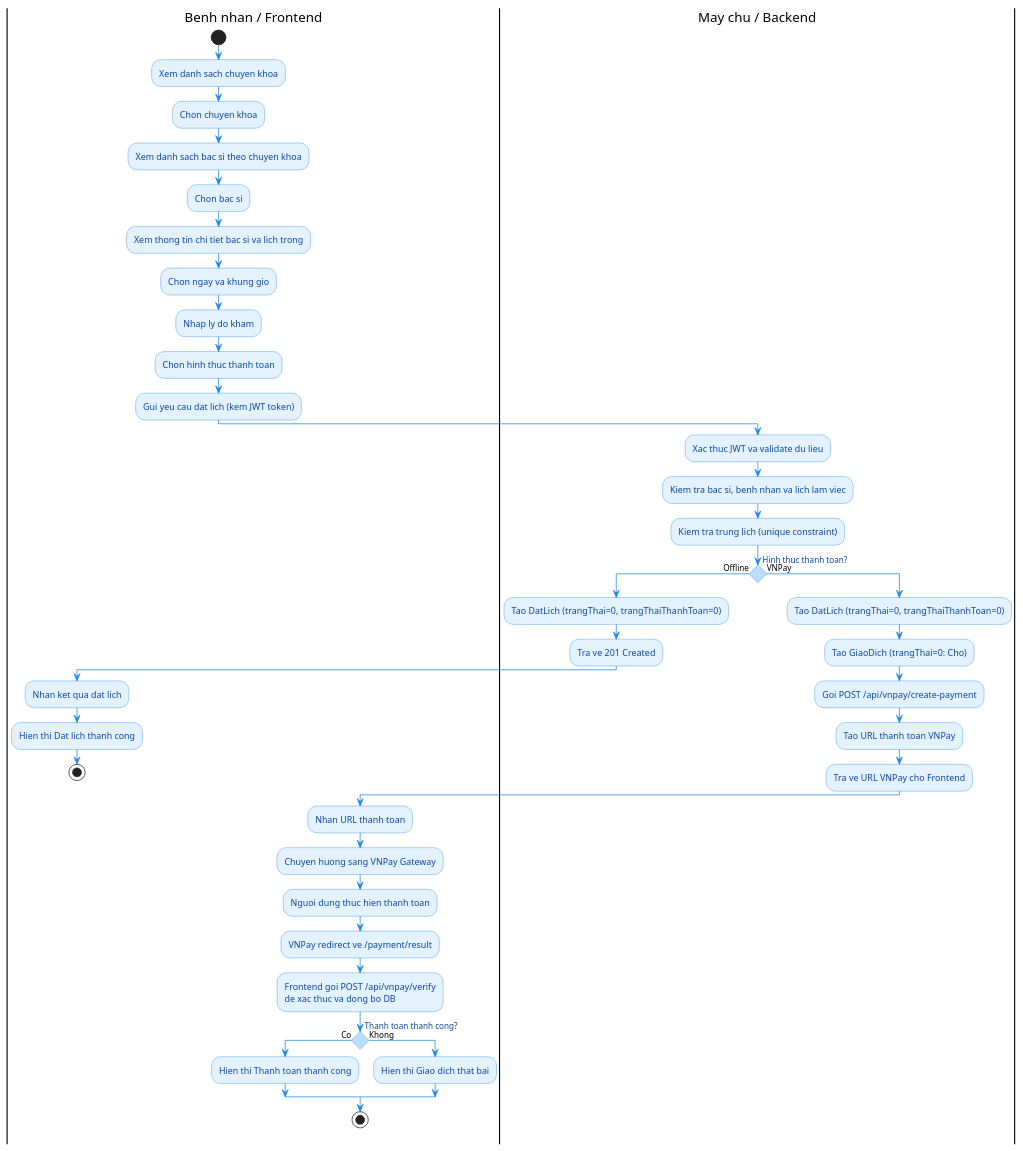
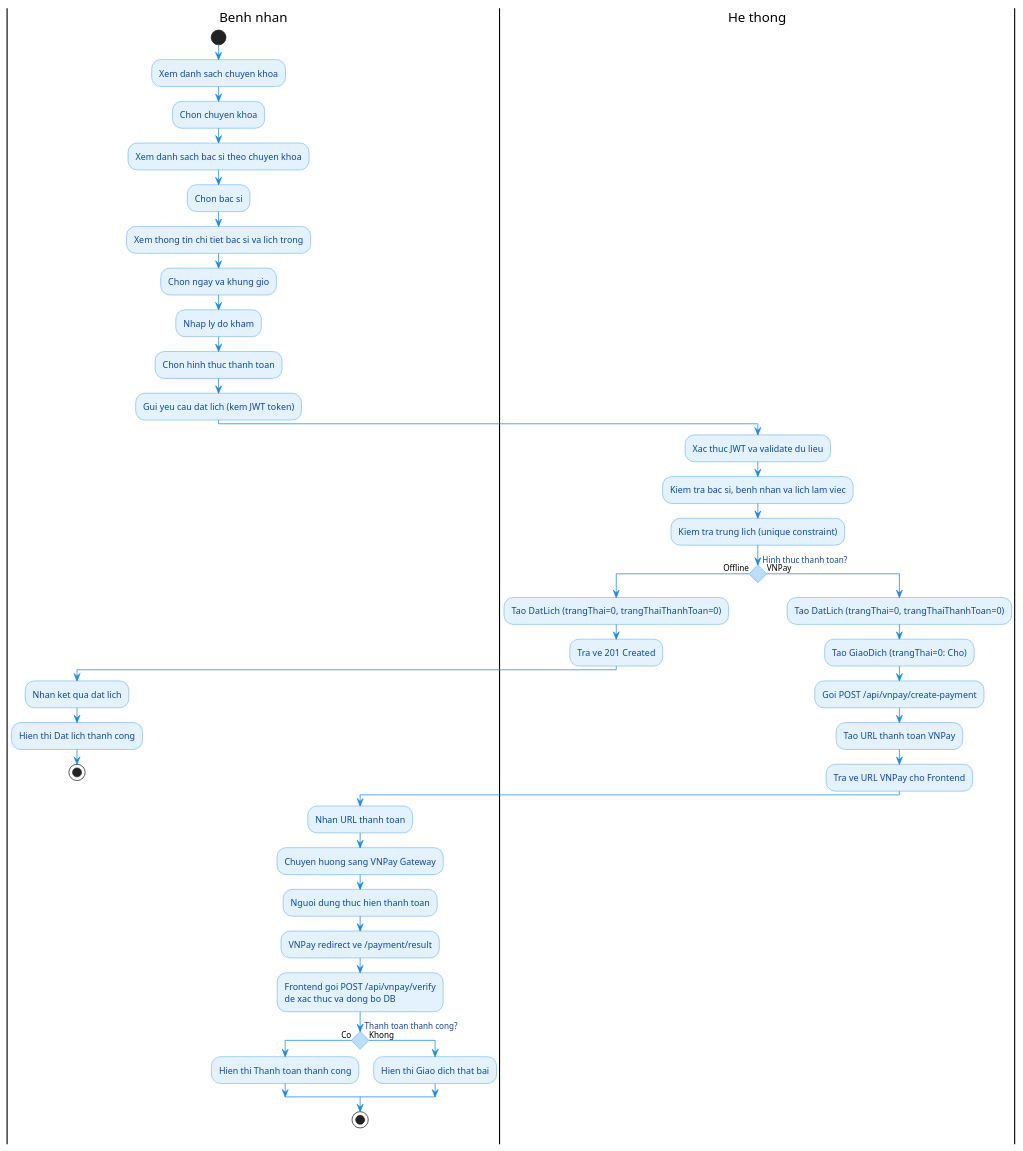
Before and after one commit to yqhuouc/HealthCare: the diagram in server/doc/diagrams/ACT_02_DatLich.puml, drawn with PlantUML. The commit also changed 12 other files, not shown here.

Commit message:
docs: add PlantUML activity diagrams for core system workflows and initialize server configuration files

```diff
--- a/server/doc/diagrams/ACT_02_DatLich.puml
+++ b/server/doc/diagrams/ACT_02_DatLich.puml
@@ -1,64 +1,64 @@
 @startuml Activity_DatLich
 
 skinparam shadowing false
 skinparam backgroundColor white
 skinparam conditionStyle diamond
 skinparam ConditionEndStyle hline
 
 skinparam activity {
   BackgroundColor #E3F2FD
   BorderColor #1E88E5
   FontColor #0D47A1
   RoundCorner 15
 }
 
 skinparam activityDiamondBackgroundColor #BBDEFB
 skinparam activityDiamondBorderColor #1E88E5
 skinparam activityDiamondFontColor #0D47A1
 skinparam ArrowColor #1E88E5
 
-|Benh nhan / Frontend|
+|Benh nhan|
 start
 :Xem danh sach chuyen khoa;
 :Chon chuyen khoa;
 :Xem danh sach bac si theo chuyen khoa;
 :Chon bac si;
 :Xem thong tin chi tiet bac si va lich trong;
 :Chon ngay va khung gio;
 :Nhap ly do kham;
 :Chon hinh thuc thanh toan;
 :Gui yeu cau dat lich (kem JWT token);
 
-|May chu / Backend|
+|He thong|
 :Xac thuc JWT va validate du lieu;
 :Kiem tra bac si, benh nhan va lich lam viec;
 :Kiem tra trung lich (unique constraint);
 
 if (Hinh thuc thanh toan?) then (Offline)
   :Tao DatLich (trangThai=0, trangThaiThanhToan=0);
   :Tra ve 201 Created;
-  |Benh nhan / Frontend|
+  |Benh nhan|
   :Nhan ket qua dat lich;
   :Hien thi Dat lich thanh cong;
   stop
 else (VNPay)
-  |May chu / Backend|
+  |He thong|
   :Tao DatLich (trangThai=0, trangThaiThanhToan=0);
   :Tao GiaoDich (trangThai=0: Cho);
   :Goi POST /api/vnpay/create-payment;
   :Tao URL thanh toan VNPay;
   :Tra ve URL VNPay cho Frontend;
-  |Benh nhan / Frontend|
+  |Benh nhan|
   :Nhan URL thanh toan;
   :Chuyen huong sang VNPay Gateway;
   :Nguoi dung thuc hien thanh toan;
   :VNPay redirect ve /payment/result;
   :Frontend goi POST /api/vnpay/verify\nde xac thuc va dong bo DB;
   if (Thanh toan thanh cong?) then (Co)
     :Hien thi Thanh toan thanh cong;
   else (Khong)
     :Hien thi Giao dich that bai;
   endif
   stop
 endif
 @enduml
```
